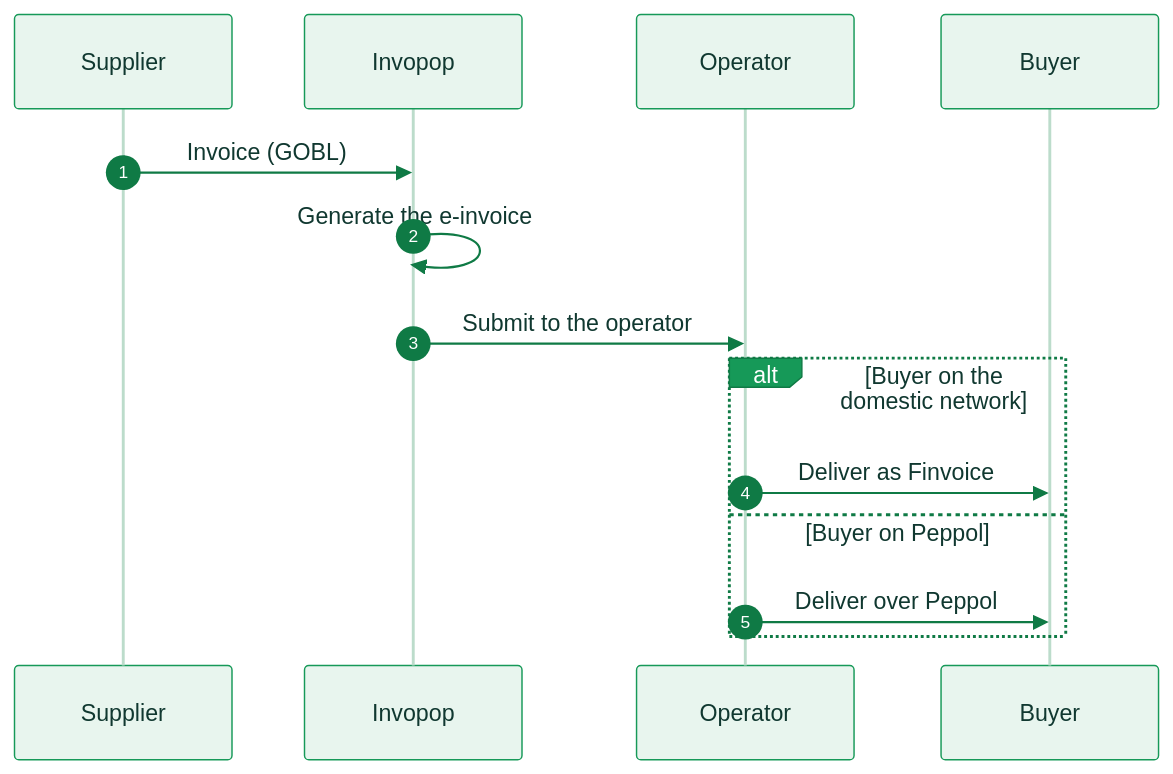
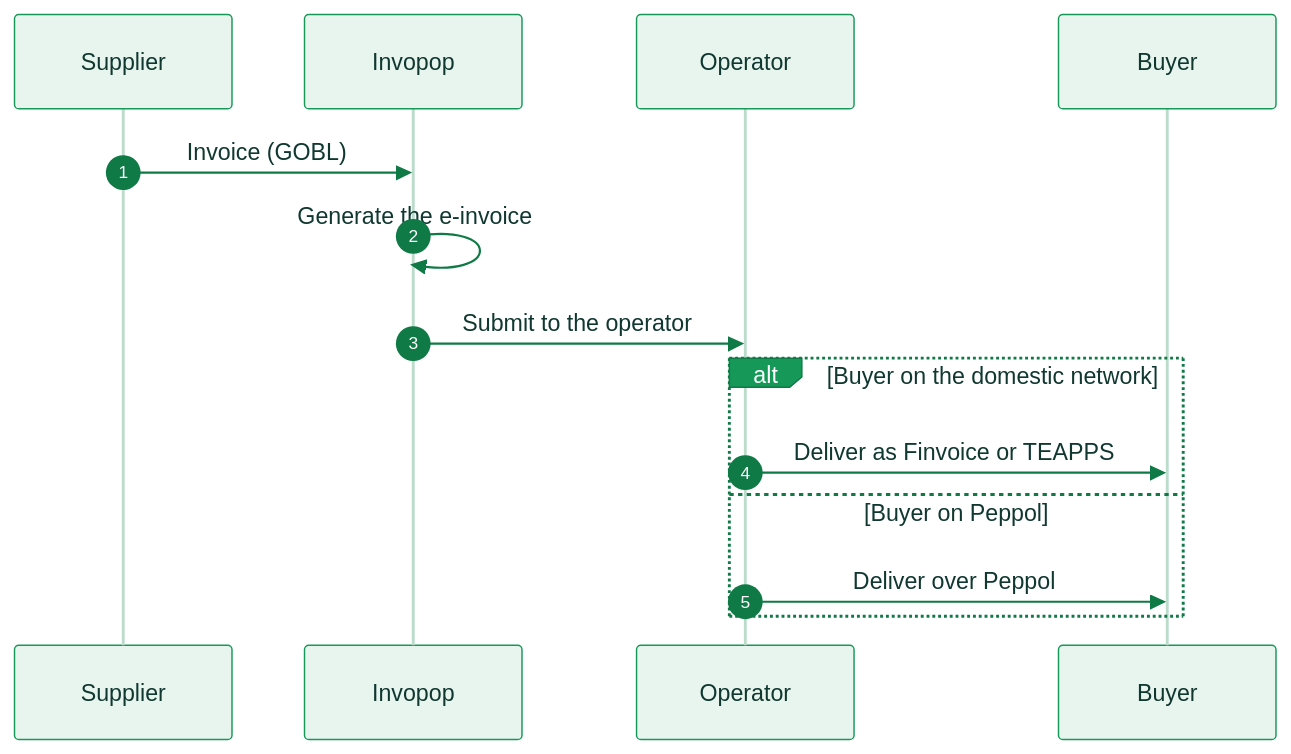
One commit to invopop/docs.invopop.com changed the diagram in compliance/finland.mdx. Above: the diagram before and after it, drawn with Mermaid. The commit also changed other lines of this file and 9 other files, not shown here.

````diff
--- a/compliance/finland.mdx
+++ b/compliance/finland.mdx
@@ -41,17 +41,17 @@
 ```mermaid actions={false}
 %%{init: {'theme':'base','themeVariables':{'actorBkg':'#e8f5ee','actorBorder':'#169958','actorTextColor':'#103830','actorLineColor':'#bcdccb','signalColor':'#0f7a45','signalTextColor':'#103830','noteBkgColor':'#ffffff','noteBorderColor':'#169958','noteTextColor':'#103830','labelBoxBkgColor':'#169958','labelBoxBorderColor':'#0f7a45','labelTextColor':'#ffffff','sequenceNumberColor':'#ffffff'}}}%%
 sequenceDiagram
     autonumber
     participant S as Supplier
     participant IV as Invopop
     participant AX as Operator
     participant B as Buyer
     S->>IV: Invoice (GOBL)
     IV->>IV: Generate the e-invoice
     IV->>AX: Submit to the operator
     alt Buyer on the domestic network
-        AX->>B: Deliver as Finvoice
+        AX->>B: Deliver as Finvoice or TEAPPS
     else Buyer on Peppol
         AX->>B: Deliver over Peppol
     end
 ```
````
